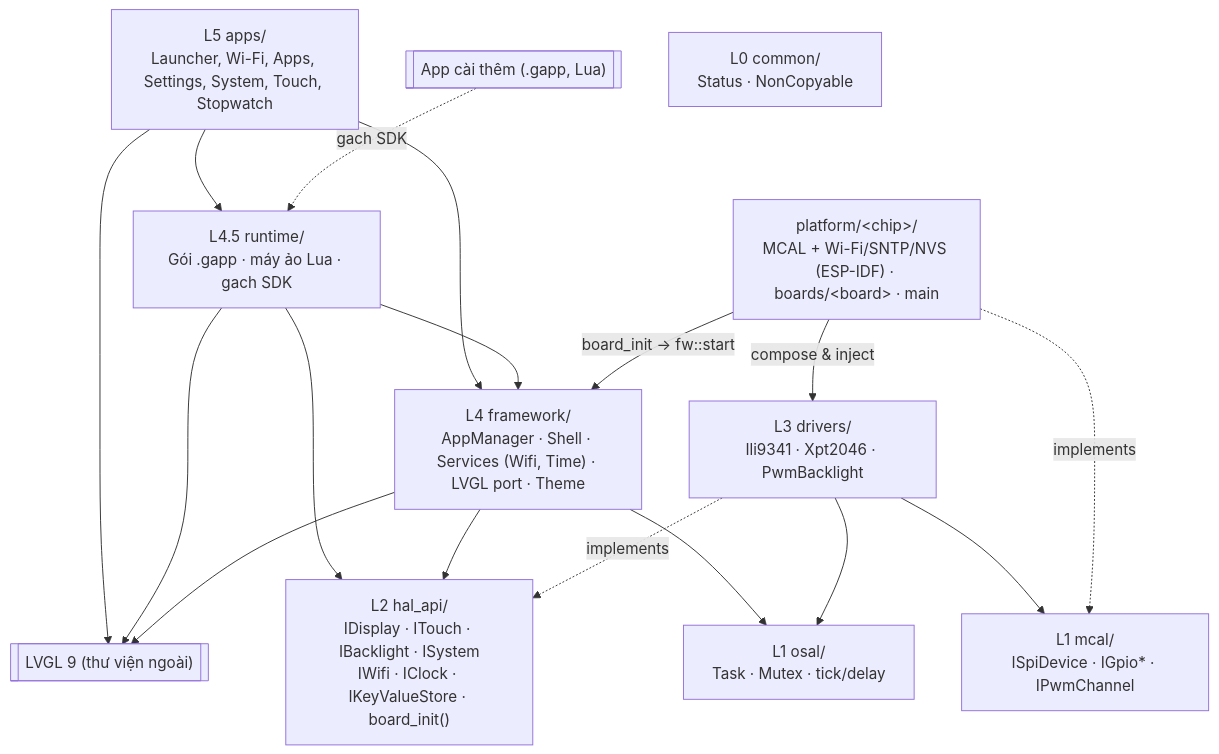
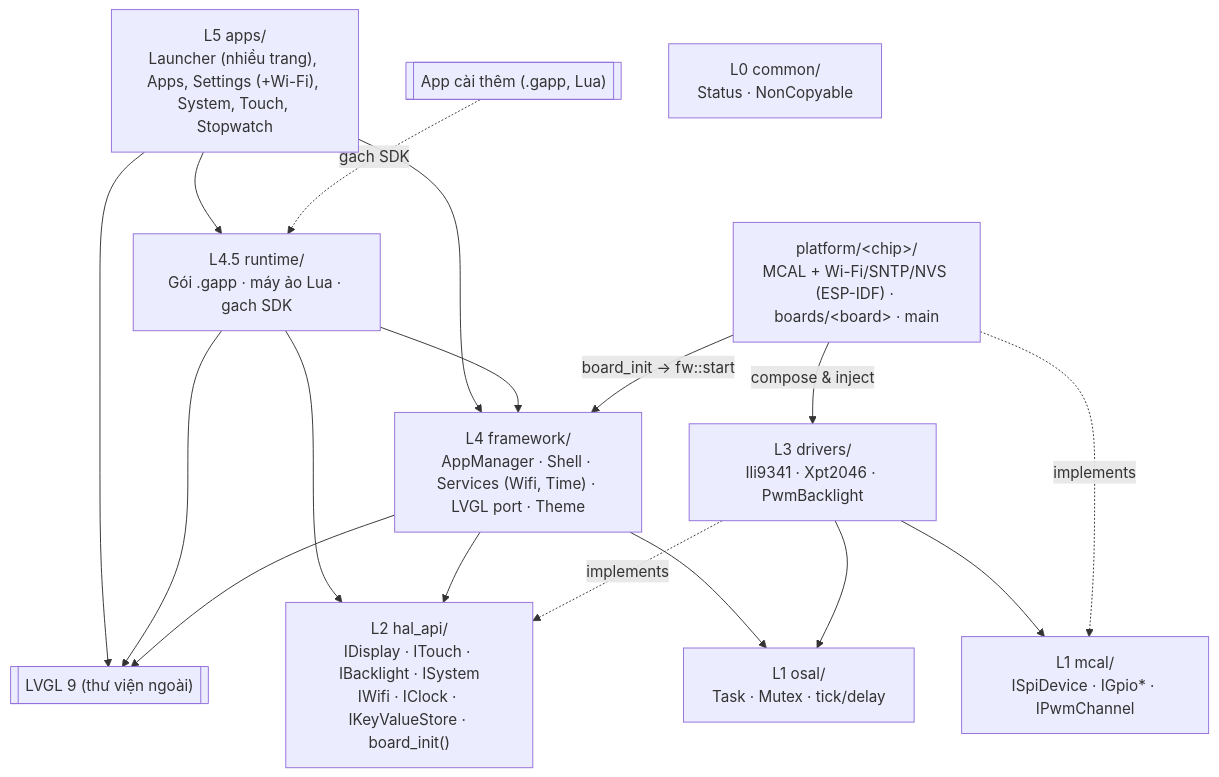
The diagram in docs/architecture.md (tranthanh1699/gach-os), drawn with Mermaid before and after one commit. The commit also changed other lines of this file and 9 other files, not shown here.

First line of the commit message:
feat(launcher): paged home screen with swipe, 32 installable apps

````diff
--- a/docs/architecture.md
+++ b/docs/architecture.md
@@ -5,31 +5,31 @@
 ```mermaid
 flowchart TD
-    APPS["L5 apps/<br/>Launcher, Wi-Fi, Apps, Settings, System, Touch, Stopwatch"]
+    APPS["L5 apps/<br/>Launcher (nhiều trang), Apps, Settings (+Wi-Fi), System, Touch, Stopwatch"]
     RT["L4.5 runtime/<br/>Gói .gapp · máy ảo Lua · gach SDK"]
     GAPP[["App cài thêm (.gapp, Lua)"]]
     FW["L4 framework/<br/>AppManager · Shell · Services (Wifi, Time) · LVGL port · Theme"]
     LVGL[["LVGL 9 (thư viện ngoài)"]]
     HAL["L2 hal_api/<br/>IDisplay · ITouch · IBacklight · ISystem<br/>IWifi · IClock · IKeyValueStore · board_init()"]
     DRV["L3 drivers/<br/>Ili9341 · Xpt2046 · PwmBacklight"]
     MCAL["L1 mcal/<br/>ISpiDevice · IGpio* · IPwmChannel"]
     OSAL["L1 osal/<br/>Task · Mutex · tick/delay"]
     COMMON["L0 common/<br/>Status · NonCopyable"]
     PLAT["platform/&lt;chip&gt;/<br/>MCAL + Wi-Fi/SNTP/NVS (ESP-IDF) · boards/&lt;board&gt; · main"]
 
     APPS --> FW
     APPS --> RT
     APPS --> LVGL
     GAPP -. gach SDK .-> RT
     RT --> FW
     RT --> HAL
     RT --> LVGL
     FW --> LVGL
     FW --> HAL
     FW --> OSAL
     DRV -. implements .-> HAL
     DRV --> MCAL
     DRV --> OSAL
     PLAT -. implements .-> MCAL
     PLAT -->|compose & inject| DRV
     PLAT -->|board_init → fw::start| FW
 ```
````
